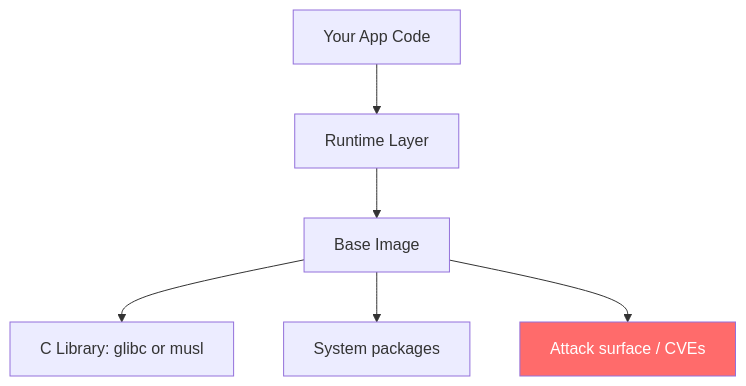
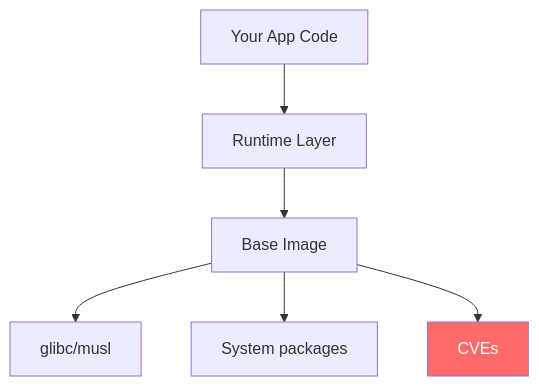
The first of 3 diagrams in src/data/blog/_2026/docker-base-image-types.md (denis23x/denis-iakimenko), drawn with Mermaid before and after one commit. The commit also changed other lines of this file and 3 other files, not shown here.

````diff
--- a/src/data/blog/_2026/docker-base-image-types.md
+++ b/src/data/blog/_2026/docker-base-image-types.md
@@ -37,10 +37,10 @@
-```mermaid
+```mermaid caption=Typical image schema
 graph TD
     A[Your App Code] --> B[Runtime Layer]
     B --> C[Base Image]
-    C --> D[C Library: glibc or musl]
+    C --> D[glibc/musl]
     C --> E[System packages]
-    C --> F[Attack surface / CVEs]
+    C --> F[CVEs]
 
     style F fill:#ff6b6b,color:#fff
 ```
````
